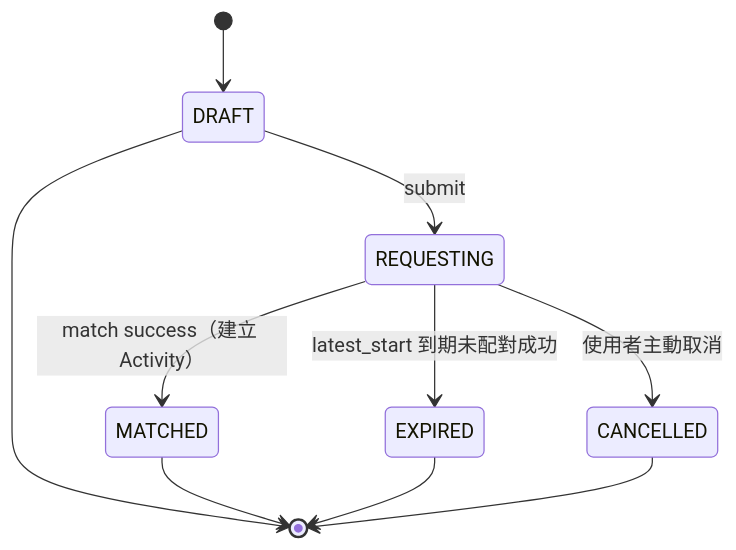
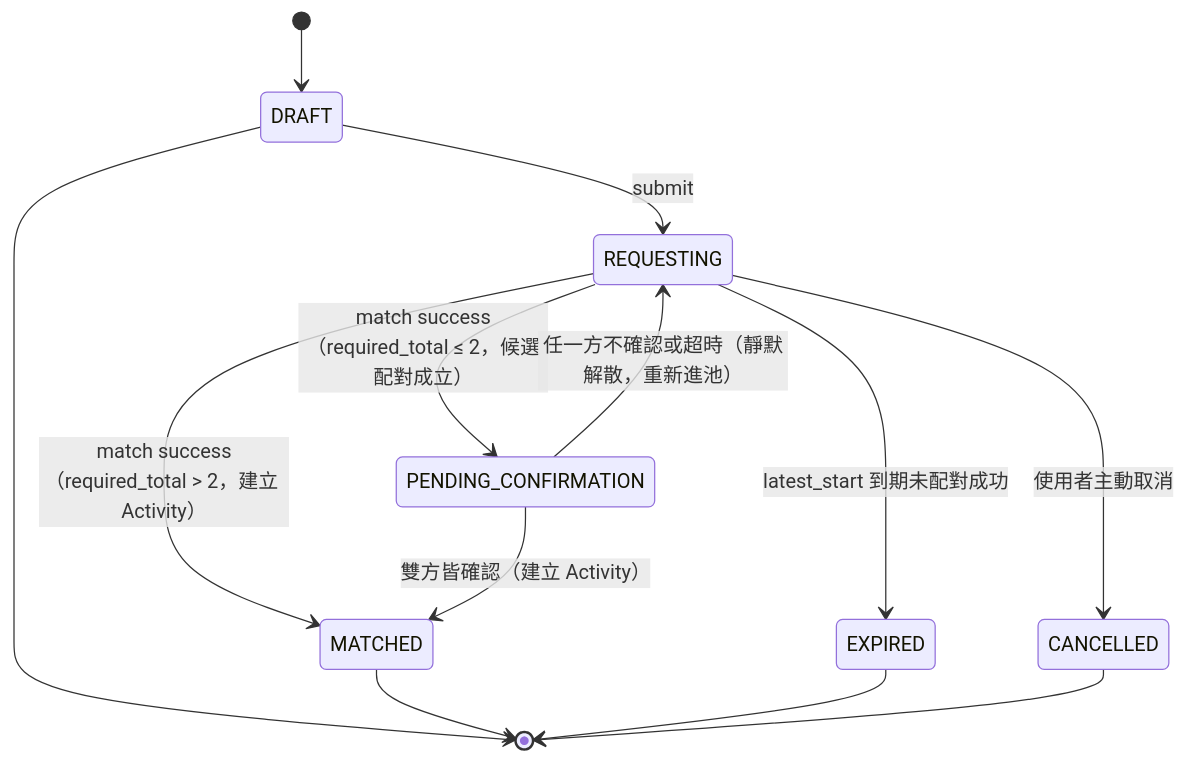
The first of 2 diagrams in docs/STATE_MACHINE.md (egger-meow/find-people-now), drawn with Mermaid before and after one commit. The commit also changed other lines of this file and 2 other files, not shown here.

First line of the commit message:
docs: add small-group PENDING_CONFIRMATION flow and degree_level field

````diff
--- a/docs/STATE_MACHINE.md
+++ b/docs/STATE_MACHINE.md
@@ -11,12 +11,15 @@
 ```mermaid
 stateDiagram-v2
     [*] --> DRAFT
     DRAFT --> REQUESTING: submit
-    REQUESTING --> MATCHED: match success（建立 Activity）
+    REQUESTING --> MATCHED: match success（required_total > 2，建立 Activity）
+    REQUESTING --> PENDING_CONFIRMATION: match success（required_total ≤ 2，候選配對成立）
+    PENDING_CONFIRMATION --> MATCHED: 雙方皆確認（建立 Activity）
+    PENDING_CONFIRMATION --> REQUESTING: 任一方不確認或超時（靜默解散，重新進池）
     REQUESTING --> EXPIRED: latest_start 到期未配對成功
     REQUESTING --> CANCELLED: 使用者主動取消
     DRAFT --> [*]
     MATCHED --> [*]
     EXPIRED --> [*]
     CANCELLED --> [*]
 ```
````
